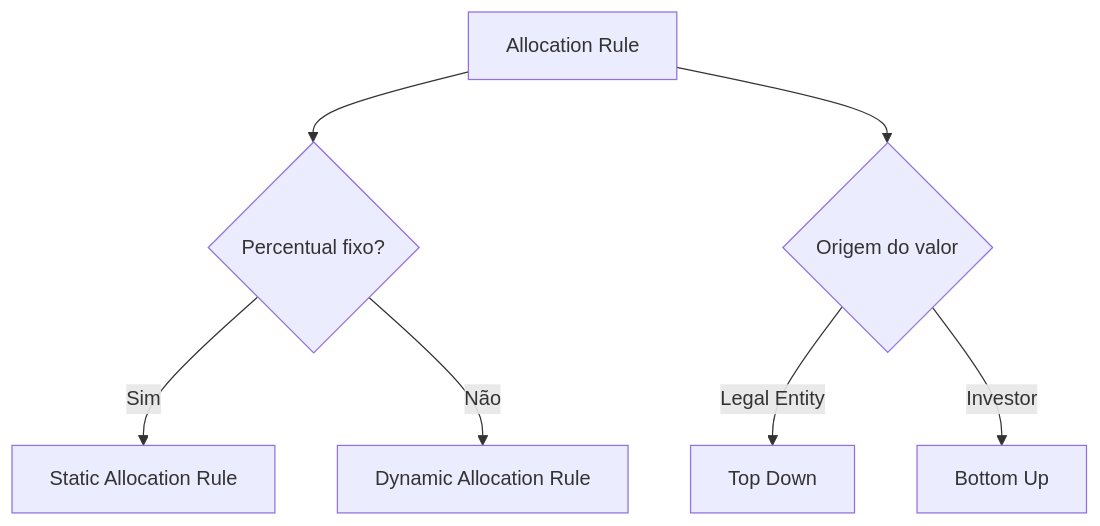
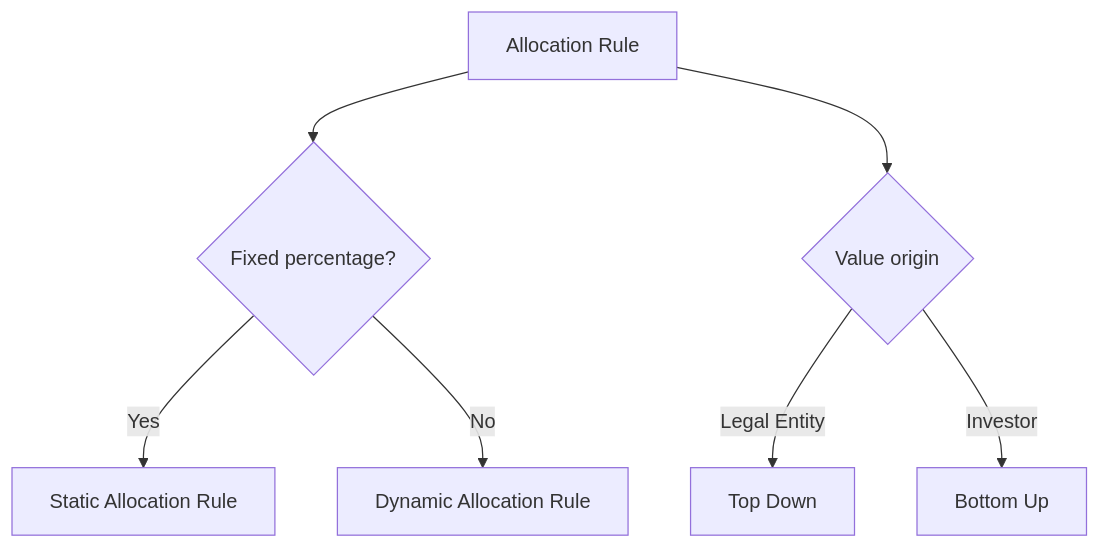
Before and after one commit to msekimoto/investran: the first of 3 diagrams in docs/allocation-rules/types-and-methods.md, drawn with Mermaid. The commit also changed other lines of this file and 52 other files, not shown here.

````diff
--- a/docs/allocation-rules/types-and-methods.md
+++ b/docs/allocation-rules/types-and-methods.md
@@ -13,9 +13,9 @@
 ```mermaid
 flowchart TD
-    AR[Allocation Rule] --> SD{Percentual fixo?}
-    SD -->|Sim| STATIC[Static Allocation Rule]
-    SD -->|Não| DYNAMIC[Dynamic Allocation Rule]
-    AR --> TB{Origem do valor}
+    AR[Allocation Rule] --> SD{Fixed percentage?}
+    SD -->|Yes| STATIC[Static Allocation Rule]
+    SD -->|No| DYNAMIC[Dynamic Allocation Rule]
+    AR --> TB{Value origin}
     TB -->|Legal Entity| TOP[Top Down]
     TB -->|Investor| BOTTOM[Bottom Up]
 ```
````
